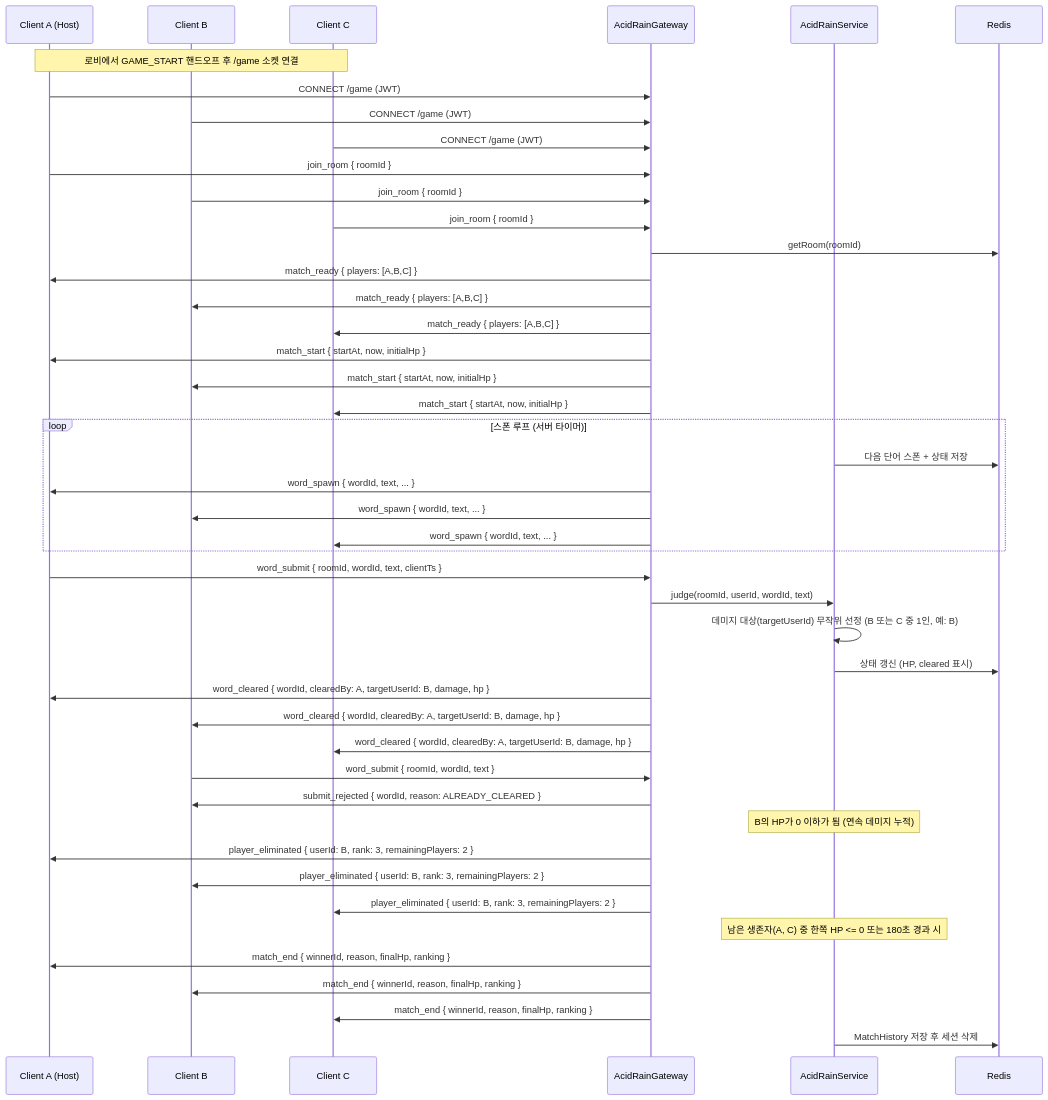
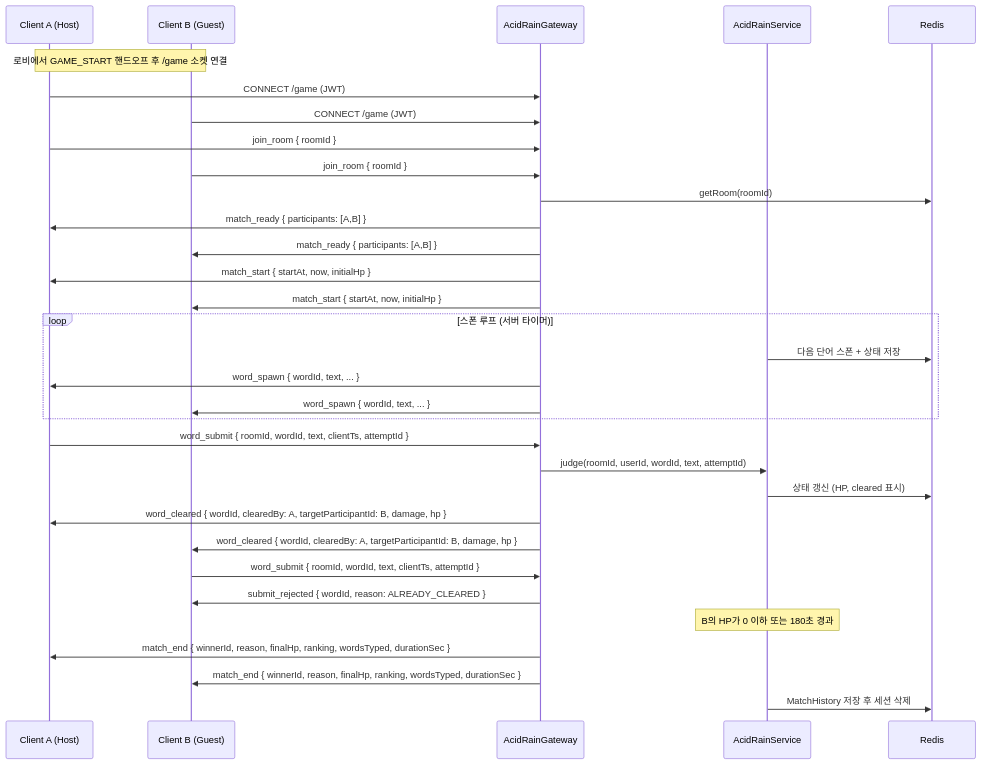
One commit to 222transcendence/transcendence_deploy changed the fifth of 6 diagrams in architecture_design/WEBSOCKET_PROTOCOL.md. Above: the diagram before and after it, drawn with Mermaid. The commit also changed other lines of this file, not shown here.

````diff
--- a/architecture_design/WEBSOCKET_PROTOCOL.md
+++ b/architecture_design/WEBSOCKET_PROTOCOL.md
@@ -428,52 +411,38 @@
 ```mermaid
 sequenceDiagram
-    participant C1 as Client A (Host)
-    participant C2 as Client B
-    participant C3 as Client C
+    participant A as Client A (Host)
+    participant B as Client B (Guest)
     participant G as AcidRainGateway
     participant S as AcidRainService
     participant R as Redis
 
-    Note over C1,C3: 로비에서 GAME_START 핸드오프 후 /game 소켓 연결
-    C1->>G: CONNECT /game (JWT)
-    C2->>G: CONNECT /game (JWT)
-    C3->>G: CONNECT /game (JWT)
-    C1->>G: join_room { roomId }
-    C2->>G: join_room { roomId }
-    C3->>G: join_room { roomId }
+    Note over A,B: 로비에서 GAME_START 핸드오프 후 /game 소켓 연결
+    A->>G: CONNECT /game (JWT)
+    B->>G: CONNECT /game (JWT)
+    A->>G: join_room { roomId }
+    B->>G: join_room { roomId }
     G->>R: getRoom(roomId)
-    G->>C1: match_ready { players: [A,B,C] }
-    G->>C2: match_ready { players: [A,B,C] }
-    G->>C3: match_ready { players: [A,B,C] }
-    G->>C1: match_start { startAt, now, initialHp }
-    G->>C2: match_start { startAt, now, initialHp }
-    G->>C3: match_start { startAt, now, initialHp }
+    G->>A: match_ready { participants: [A,B] }
+    G->>B: match_ready { participants: [A,B] }
+    G->>A: match_start { startAt, now, initialHp }
+    G->>B: match_start { startAt, now, initialHp }
 
     loop 스폰 루프 (서버 타이머)
         S->>R: 다음 단어 스폰 + 상태 저장
-        G->>C1: word_spawn { wordId, text, ... }
-        G->>C2: word_spawn { wordId, text, ... }
-        G->>C3: word_spawn { wordId, text, ... }
+        G->>A: word_spawn { wordId, text, ... }
+        G->>B: word_spawn { wordId, text, ... }
     end
 
-    C1->>G: word_submit { roomId, wordId, text, clientTs }
-    G->>S: judge(roomId, userId, wordId, text)
-    S->>S: 데미지 대상(targetUserId) 무작위 선정 (B 또는 C 중 1인, 예: B)
+    A->>G: word_submit { roomId, wordId, text, clientTs, attemptId }
+    G->>S: judge(roomId, userId, wordId, text, attemptId)
     S->>R: 상태 갱신 (HP, cleared 표시)
-    G->>C1: word_cleared { wordId, clearedBy: A, targetUserId: B, damage, hp }
-    G->>C2: word_cleared { wordId, clearedBy: A, targetUserId: B, damage, hp }
-    G->>C3: word_cleared { wordId, clearedBy: A, targetUserId: B, damage, hp }
-    C2->>G: word_submit { roomId, wordId, text }
-    G->>C2: submit_rejected { wordId, reason: ALREADY_CLEARED }
+    G->>A: word_cleared { wordId, clearedBy: A, targetParticipantId: B, damage, hp }
+    G->>B: word_cleared { wordId, clearedBy: A, targetParticipantId: B, damage, hp }
+    B->>G: word_submit { roomId, wordId, text, clientTs, attemptId }
+    G->>B: submit_rejected { wordId, reason: ALREADY_CLEARED }
 
-    Note over S: B의 HP가 0 이하가 됨 (연속 데미지 누적)
-    G->>C1: player_eliminated { userId: B, rank: 3, remainingPlayers: 2 }
-    G->>C2: player_eliminated { userId: B, rank: 3, remainingPlayers: 2 }
-    G->>C3: player_eliminated { userId: B, rank: 3, remainingPlayers: 2 }
-
-    Note over S: 남은 생존자(A, C) 중 한쪽 HP <= 0 또는 180초 경과 시
-    G->>C1: match_end { winnerId, reason, finalHp, ranking }
-    G->>C2: match_end { winnerId, reason, finalHp, ranking }
-    G->>C3: match_end { winnerId, reason, finalHp, ranking }
+    Note over S: B의 HP가 0 이하 또는 180초 경과
+    G->>A: match_end { winnerId, reason, finalHp, ranking, wordsTyped, durationSec }
+    G->>B: match_end { winnerId, reason, finalHp, ranking, wordsTyped, durationSec }
     S->>R: MatchHistory 저장 후 세션 삭제
 ```
````
